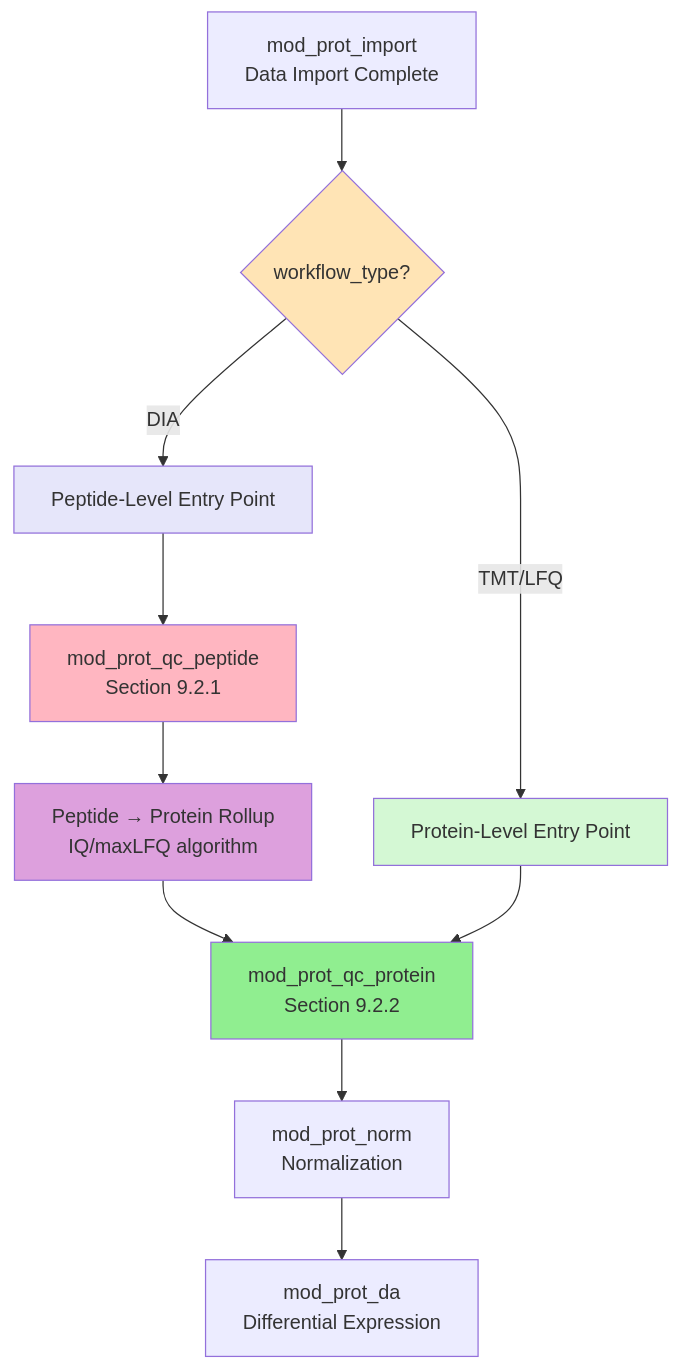
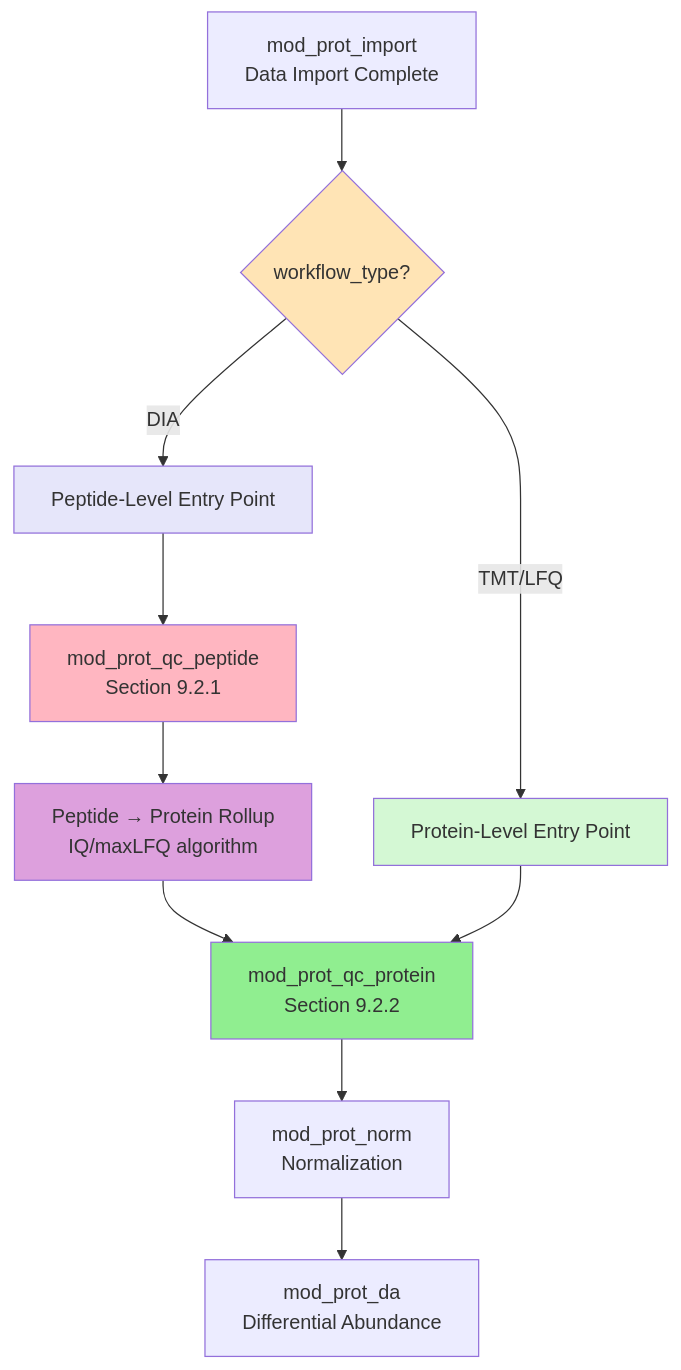
The eighth of 15 diagrams in docs/dummies_guide_to_multischolar.md (APAF-bioinformatics/MultiScholaR), drawn with Mermaid before and after one commit. The commit also changed other lines of this file, not shown here.

````diff
--- a/docs/dummies_guide_to_multischolar.md
+++ b/docs/dummies_guide_to_multischolar.md
@@ -3413,23 +3413,23 @@
 ```mermaid
 flowchart TD
     Import[mod_prot_import<br/>Data Import Complete] --> CheckType{workflow_type?}
     
     CheckType -->|DIA| PeptPath[Peptide-Level Entry Point]
     CheckType -->|TMT/LFQ| ProtPath[Protein-Level Entry Point]
     
     PeptPath --> PeptQC[mod_prot_qc_peptide<br/>Section 9.2.1]
     PeptQC --> Rollup[Peptide → Protein Rollup<br/>IQ/maxLFQ algorithm]
     Rollup --> ProtQC[mod_prot_qc_protein<br/>Section 9.2.2]
     
     ProtPath --> ProtQC
     
     ProtQC --> Norm[mod_prot_norm<br/>Normalization]
-    Norm --> DE[mod_prot_da<br/>Differential Expression]
+    Norm --> DA[mod_prot_da<br/>Differential Abundance]
     
     style CheckType fill:#FFE4B5
     style PeptPath fill:#E6E6FA
     style ProtPath fill:#D4F8D4
     style PeptQC fill:#FFB6C1
     style ProtQC fill:#90EE90
     style Rollup fill:#DDA0DD
 ```
````
